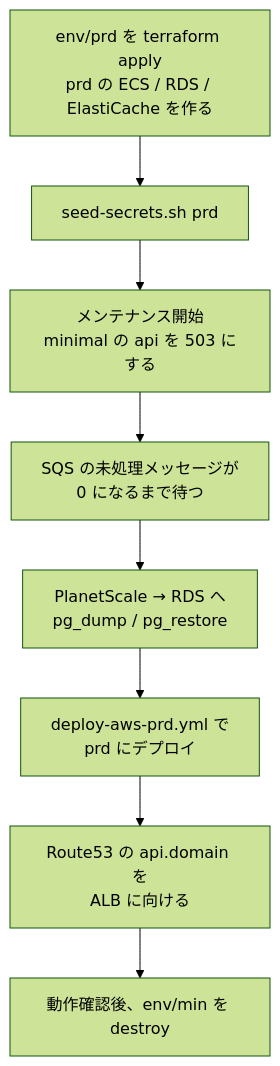
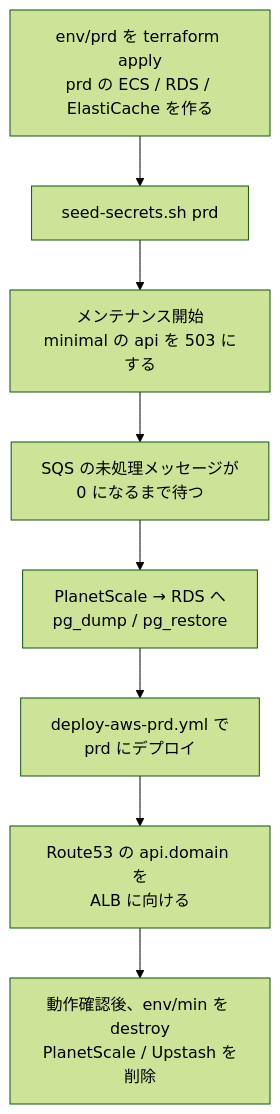
The diagram in docs/spec/minimal-deploy/deferred-migrate-to-standard.md (kentakki416/project-template), drawn with Mermaid (forest theme) before and after one commit. The commit also changed other lines of this file and 11 other files, not shown here.

````diff
--- a/docs/spec/minimal-deploy/deferred-migrate-to-standard.md
+++ b/docs/spec/minimal-deploy/deferred-migrate-to-standard.md
@@ -29,10 +29,10 @@
 ```mermaid
 flowchart TD
     A[env/prd を terraform apply<br/>prd の ECS / RDS / ElastiCache を作る] --> B[seed-secrets.sh prd]
     B --> C[メンテナンス開始<br/>minimal の api を 503 にする]
     C --> D[SQS の未処理メッセージが<br/>0 になるまで待つ]
     D --> E[PlanetScale → RDS へ<br/>pg_dump / pg_restore]
     E --> F[deploy-aws-prd.yml で<br/>prd にデプロイ]
     F --> G[Route53 の api.domain を<br/>ALB に向ける]
-    G --> H[動作確認後、env/min を destroy]
+    G --> H[動作確認後、env/min を destroy<br/>PlanetScale / Upstash を削除]
 ```
````
